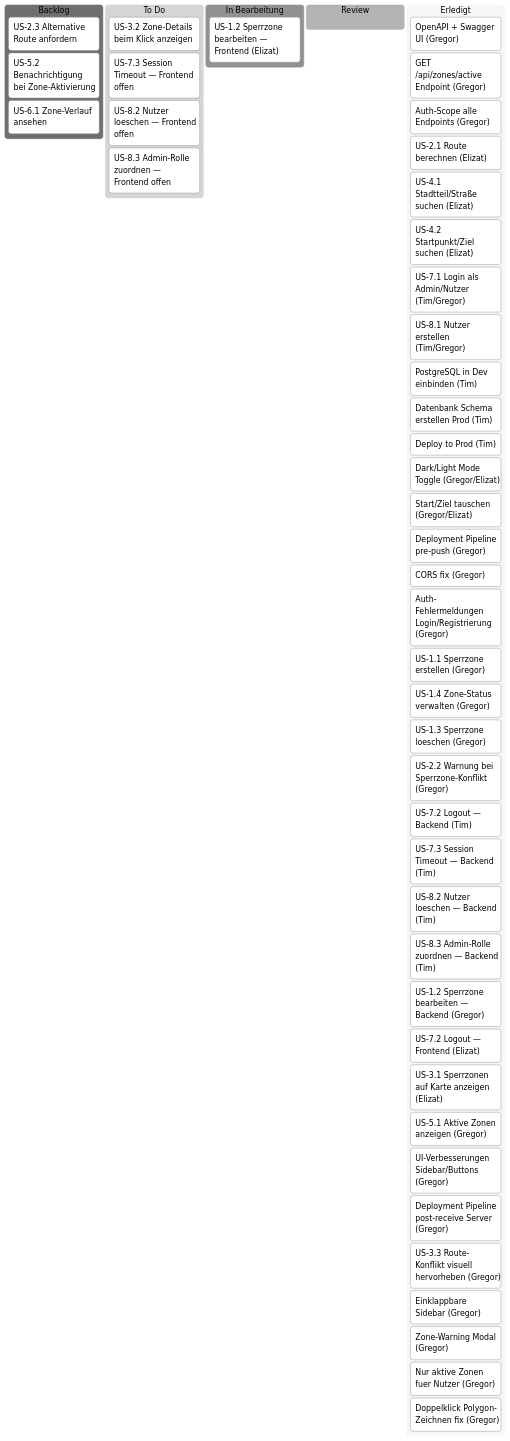
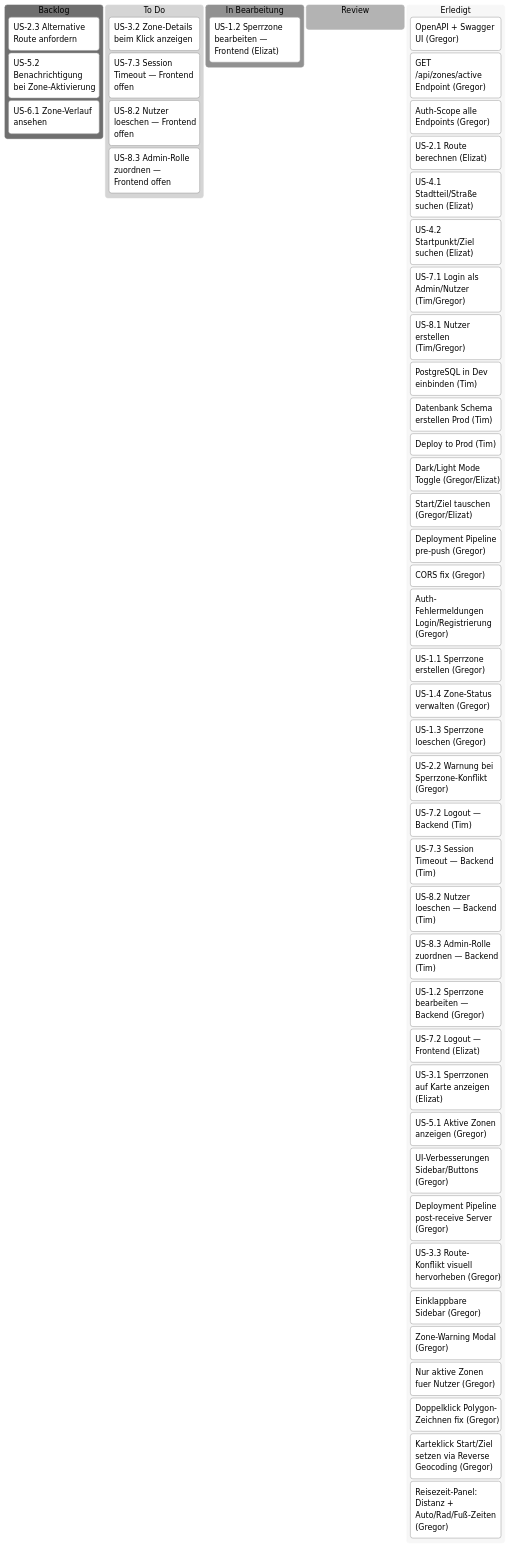
One commit to g8rdier/urban-flow-governance changed the diagram in docs/project/PLAN.md. Above: the diagram before and after it, drawn with Mermaid (neutral theme). The commit also changed other lines of this file, not shown here.

Commit message:
docs: add map click start/end and route info panel to plan

````diff
--- a/docs/project/PLAN.md
+++ b/docs/project/PLAN.md
@@ -15,60 +15,62 @@
 ```mermaid
 ---
 config:
   kanban:
     ticketBaseUrl: ''
 ---
 kanban
   Backlog
     b1[US-2.3 Alternative Route anfordern]
     b3[US-5.2 Benachrichtigung bei Zone-Aktivierung]
     b4[US-6.1 Zone-Verlauf ansehen]
 
   ToDo[To Do]
     t3[US-3.2 Zone-Details beim Klick anzeigen]
     t5["US-7.3 Session Timeout — Frontend offen"]
     t6["US-8.2 Nutzer loeschen — Frontend offen"]
     t7["US-8.3 Admin-Rolle zuordnen — Frontend offen"]
 
   InProgress[In Bearbeitung]
     i1["US-1.2 Sperrzone bearbeiten — Frontend (Elizat)"]
 
   Review
 
   Erledigt
     d1["OpenAPI + Swagger UI (Gregor)"]
     d2["GET /api/zones/active Endpoint (Gregor)"]
     d3["Auth-Scope alle Endpoints (Gregor)"]
     d4["US-2.1 Route berechnen (Elizat)"]
     d5["US-4.1 Stadtteil/Straße suchen (Elizat)"]
     d6["US-4.2 Startpunkt/Ziel suchen (Elizat)"]
     r4["US-7.1 Login als Admin/Nutzer (Tim/Gregor)"]
     r7["US-8.1 Nutzer erstellen (Tim/Gregor)"]
     p5["PostgreSQL in Dev einbinden (Tim)"]
     t7["Datenbank Schema erstellen Prod (Tim)"]
     t8["Deploy to Prod (Tim)"]
     d7["Dark/Light Mode Toggle (Gregor/Elizat)"]
     d8["Start/Ziel tauschen (Gregor/Elizat)"]
     d9["Deployment Pipeline pre-push (Gregor)"]
     d10["CORS fix (Gregor)"]
     d11["Auth-Fehlermeldungen Login/Registrierung (Gregor)"]
     p1["US-1.1 Sperrzone erstellen (Gregor)"]
     p2["US-1.4 Zone-Status verwalten (Gregor)"]
     r2["US-1.3 Sperrzone loeschen (Gregor)"]
     r3["US-2.2 Warnung bei Sperrzone-Konflikt (Gregor)"]
     e1["US-7.2 Logout — Backend (Tim)"]
     e2["US-7.3 Session Timeout — Backend (Tim)"]
     e3["US-8.2 Nutzer loeschen — Backend (Tim)"]
     e4["US-8.3 Admin-Rolle zuordnen — Backend (Tim)"]
     e5["US-1.2 Sperrzone bearbeiten — Backend (Gregor)"]
     e6["US-7.2 Logout — Frontend (Elizat)"]
     e7["US-3.1 Sperrzonen auf Karte anzeigen (Elizat)"]
     e8["US-5.1 Aktive Zonen anzeigen (Gregor)"]
     e9["UI-Verbesserungen Sidebar/Buttons (Gregor)"]
     e10["Deployment Pipeline post-receive Server (Gregor)"]
     e11["US-3.3 Route-Konflikt visuell hervorheben (Gregor)"]
     e12["Einklappbare Sidebar (Gregor)"]
     e13["Zone-Warning Modal (Gregor)"]
     e14["Nur aktive Zonen fuer Nutzer (Gregor)"]
     e15["Doppelklick Polygon-Zeichnen fix (Gregor)"]
+    e16["Karteklick Start/Ziel setzen via Reverse Geocoding (Gregor)"]
+    e17["Reisezeit-Panel: Distanz + Auto/Rad/Fuß-Zeiten (Gregor)"]
 ```
````
